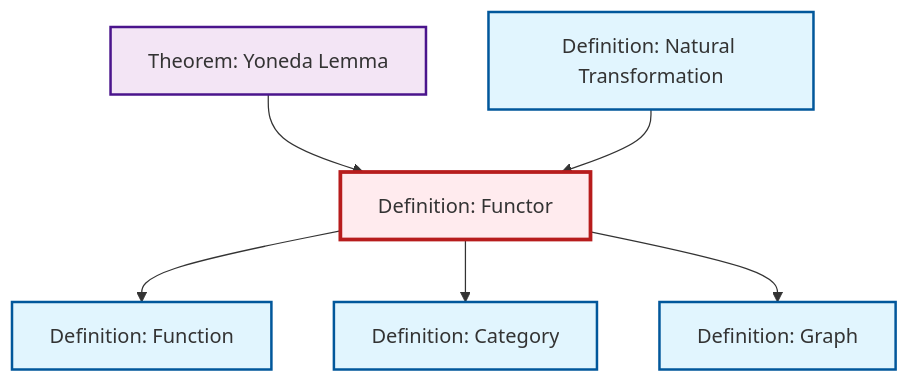
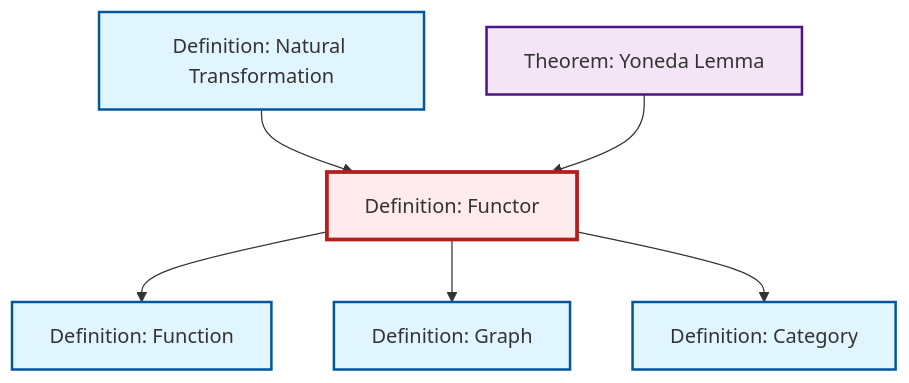
Before and after one commit to RK0429/ModernMath: the diagram in content/en/category-theory/def-functor.qmd, drawn with Mermaid. The commit also changed other lines of this file and 22 other files, not shown here.

````diff
--- a/content/en/category-theory/def-functor.qmd
+++ b/content/en/category-theory/def-functor.qmd
@@ -50,26 +50,26 @@
 ```{mermaid}
 %%| fig-cap: "Local dependency graph"
 graph TD
     classDef definition fill:#e1f5fe,stroke:#01579b,stroke-width:2px
     classDef theorem fill:#f3e5f5,stroke:#4a148c,stroke-width:2px
     classDef axiom fill:#fff3e0,stroke:#e65100,stroke-width:2px
     classDef example fill:#e8f5e9,stroke:#1b5e20,stroke-width:2px
     classDef current fill:#ffebee,stroke:#b71c1c,stroke-width:3px
+    def-graph["Definition: Graph"]:::definition
+    def-function["Definition: Function"]:::definition
+    def-category["Definition: Category"]:::definition
     def-functor["Definition: Functor"]:::definition
-    def-category["Definition: Category"]:::definition
     def-natural-transformation["Definition: Natural Transformation"]:::definition
     thm-yoneda["Theorem: Yoneda Lemma"]:::theorem
-    def-function["Definition: Function"]:::definition
-    def-graph["Definition: Graph"]:::definition
+    def-functor --> def-function
+    def-functor --> def-graph
+    def-natural-transformation --> def-functor
     thm-yoneda --> def-functor
-    def-functor --> def-function
-    def-natural-transformation --> def-functor
     def-functor --> def-category
-    def-functor --> def-graph
     class def-functor current
+    click def-graph "def-graph.html" "Go to Graph definition"
+    click def-function "def-function.html" "Go to Function definition"
     click def-category "def-category.html" "Go to Category definition"
     click def-natural-transformation "def-natural-transformation.html" "Go to Natural Transformation definition"
     click thm-yoneda "thm-yoneda.html" "Go to Yoneda Lemma theorem"
-    click def-function "def-function.html" "Go to Function definition"
-    click def-graph "def-graph.html" "Go to Graph definition"
 ```
````
